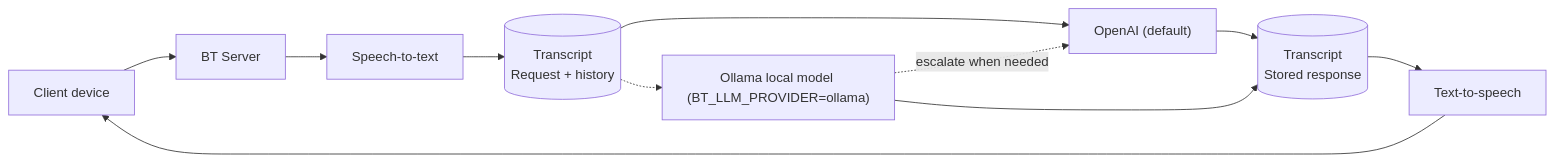
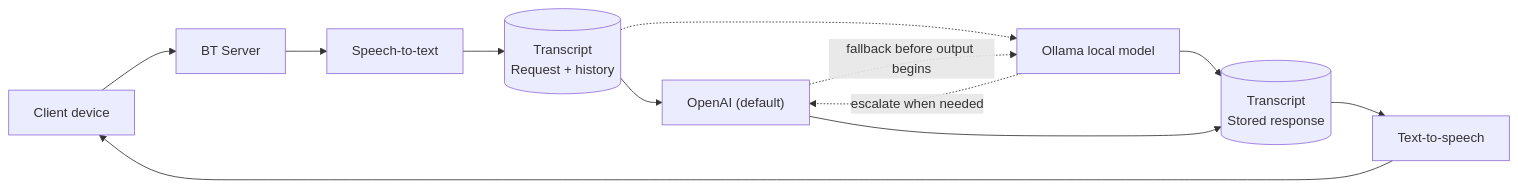
One commit to DiamondJdev/bt-assistant changed the diagram in README.md. Above: the diagram before and after it, drawn with Mermaid. The commit also changed other lines of this file and 3 other files, not shown here.

Commit message:
test: cover local fallback safety and provider telemetry

````diff
--- a/README.md
+++ b/README.md
@@ -9,19 +9,20 @@
 ```mermaid
 flowchart LR
     Client[Client device]
     BT[BT Server]
     STT["Speech-to-text"]
     RequestTranscript[("Transcript<br/>Request + history")]
     OpenAI["OpenAI (default)"]
-    Ollama["Ollama local model (BT_LLM_PROVIDER=ollama)"]
+    Ollama["Ollama local model"]
     ResponseTranscript[("Transcript<br/>Stored response")]
     TTS[Text-to-speech]
 
     Client --> BT --> STT --> RequestTranscript
     RequestTranscript --> OpenAI
     RequestTranscript -.-> Ollama
     Ollama -.->|escalate when needed| OpenAI
+    OpenAI -.->|fallback before output begins| Ollama
     Ollama --> ResponseTranscript
     OpenAI --> ResponseTranscript
     ResponseTranscript --> TTS --> Client
 ```
````
